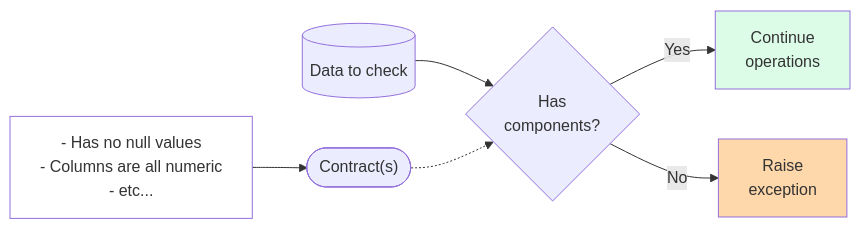
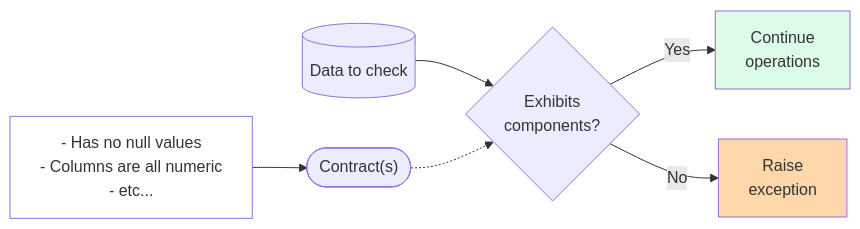
One commit to CU-DBMI/set-website changed the fourth of 5 diagrams in _posts/2023-10-04-Data-Quality-Checks.md. Above: the diagram before and after it, drawn with Mermaid. The commit also changed other lines of this file, not shown here.

Commit message:
schema verification through pandera and jsonschema

````diff
--- a/_posts/2023-10-04-Data-Quality-Checks.md
+++ b/_posts/2023-10-04-Data-Quality-Checks.md
@@ -127,19 +110,19 @@
 ```mermaid!
 flowchart LR
     input_data[("Data to check")]
-    met_specs{"Has\ncomponents?"}
+    has_components{"Exhibits\ncomponents?"}
     contract(["Contract(s)"])
     components["- Has no null values\n- Columns are all numeric\n- etc..."]
     continue["Continue\noperations"]
     error["Raise\nexception"]
 
     components --> contract
-    input_data --> met_specs
-    contract -.-> met_specs
-    met_specs --> | Yes | continue
-    met_specs --> | No | error
+    input_data --> has_components
+    contract -.-> has_components
+    has_components --> | Yes | continue
+    has_components --> | No | error
 
     style error fill:#FED7AA
     style continue fill:#DCFCE7
     style components fill:#fff
 ```
````
